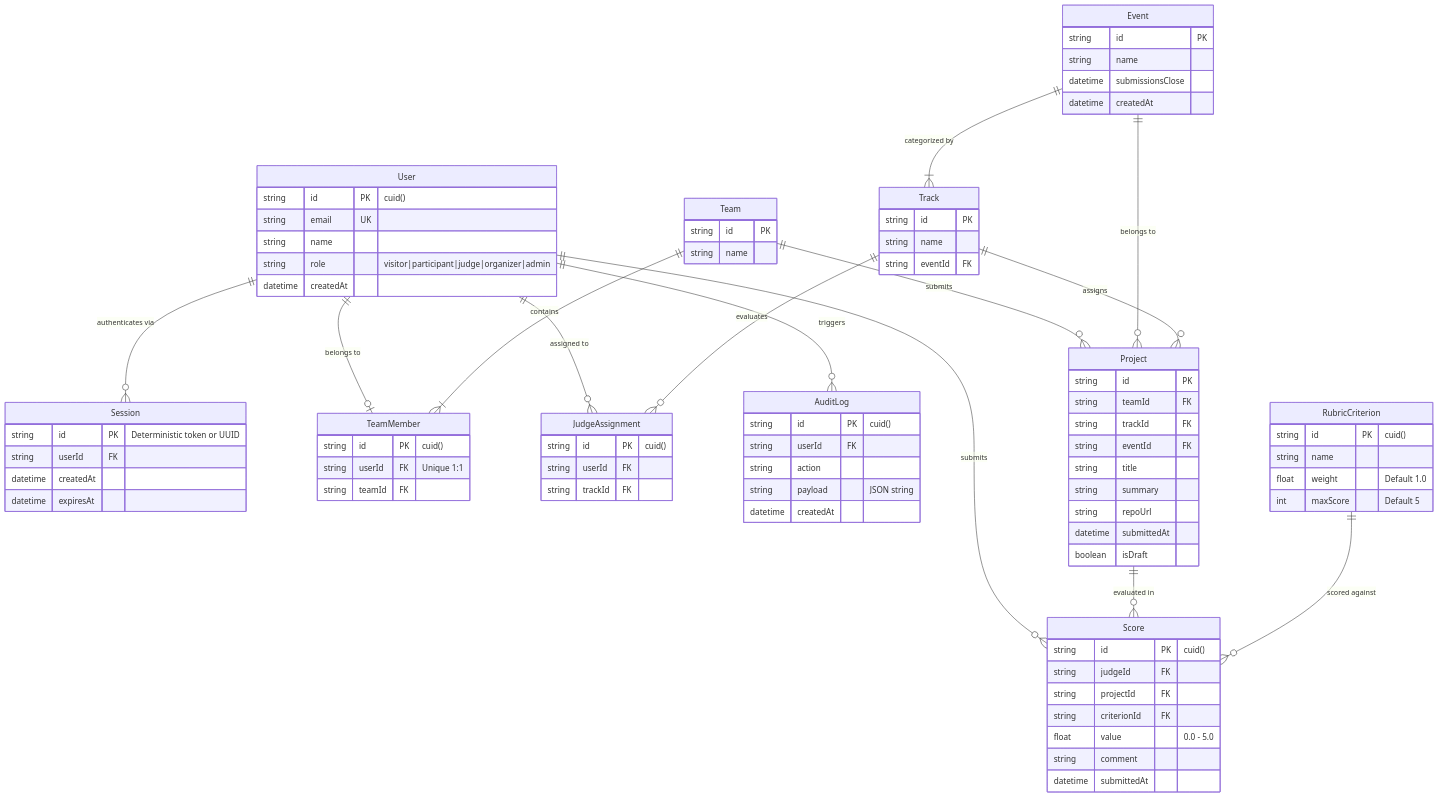
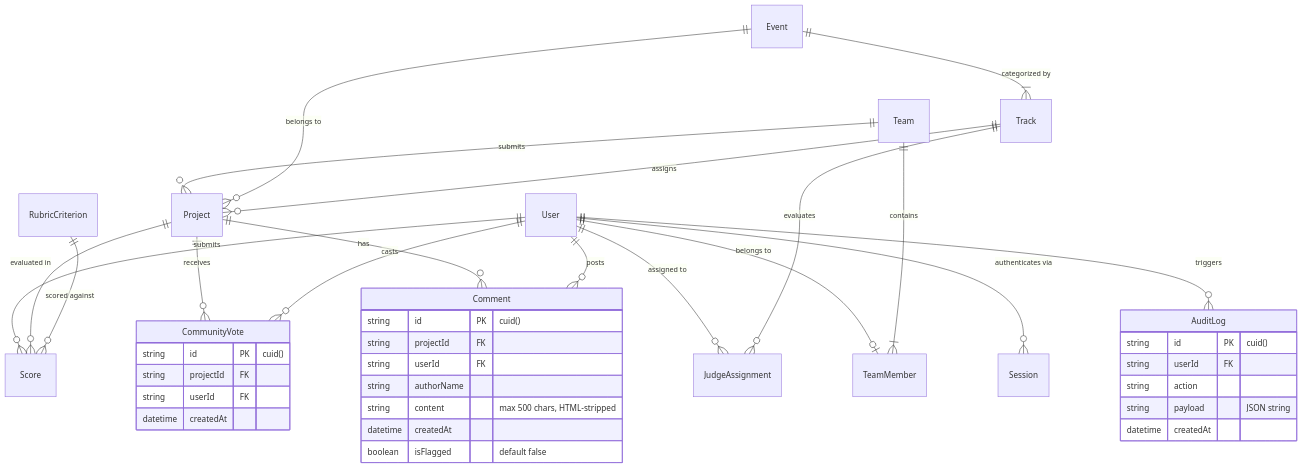
One commit to Vineetw07/OmniJudge changed the diagram in DATA-MODEL.md. Above: the diagram before and after it, drawn with Mermaid. The commit also changed other lines of this file and 1 other file, not shown here.

Commit message:
[Docs] Update README, DATA-MODEL for Phase 6 T3 — add CommunityVote/Comment models, community API routes, remove T3 omission note

```diff
--- a/DATA-MODEL.md
+++ b/DATA-MODEL.md
@@ -24,80 +24,27 @@
     Track ||--o{ JudgeAssignment : "evaluates"
 
     Project ||--o{ Score : "evaluated in"
+    Project ||--o{ CommunityVote : "receives"
+    Project ||--o{ Comment : "has"
     RubricCriterion ||--o{ Score : "scored against"
+    User ||--o{ CommunityVote : "casts"
+    User ||--o{ Comment : "posts"
 
-    User {
+    CommunityVote {
         string id PK "cuid()"
-        string email UK
-        string name
-        string role "visitor|participant|judge|organizer|admin"
+        string projectId FK
+        string userId FK
         datetime createdAt
     }
 
-    Session {
-        string id PK "Deterministic token or UUID"
+    Comment {
+        string id PK "cuid()"
+        string projectId FK
         string userId FK
+        string authorName
+        string content "max 500 chars, HTML-stripped"
         datetime createdAt
-        datetime expiresAt
-    }
-
-    Event {
-        string id PK
-        string name
-        datetime submissionsClose
-        datetime createdAt
-    }
-
-    Track {
-        string id PK
-        string name
-        string eventId FK
-    }
-
-    Team {
-        string id PK
-        string name
-    }
-
-    TeamMember {
-        string id PK "cuid()"
-        string userId FK "Unique 1:1"
-        string teamId FK
-    }
-
-    Project {
-        string id PK
-        string teamId FK
-        string trackId FK
-        string eventId FK
-        string title
-        string summary
-        string repoUrl
-        datetime submittedAt
-        boolean isDraft
-    }
-
-    RubricCriterion {
-        string id PK "cuid()"
-        string name
-        float weight "Default 1.0"
-        int maxScore "Default 5"
-    }
-
-    JudgeAssignment {
-        string id PK "cuid()"
-        string userId FK
-        string trackId FK
-    }
-
-    Score {
-        string id PK "cuid()"
-        string judgeId FK
-        string projectId FK
-        string criterionId FK
-        float value "0.0 - 5.0"
-        string comment
-        datetime submittedAt
+        boolean isFlagged "default false"
     }
 
     AuditLog {
```
